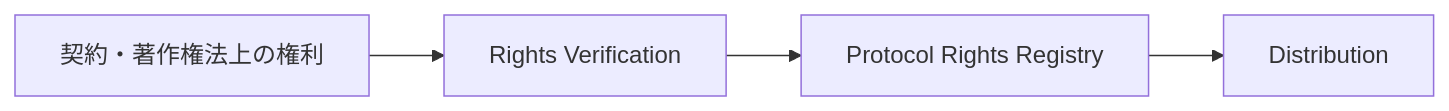
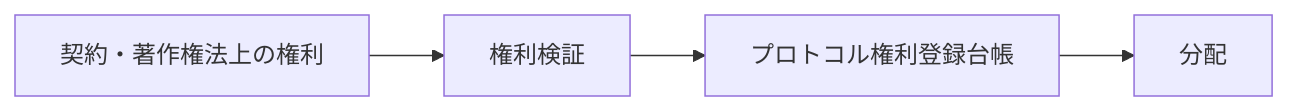
The sixth of 45 diagrams in docs/whitepaper/11-legal-sto-tax.md (ShigeichiroYamasaki/creator-first-platform), drawn with Mermaid before and after one commit. The commit also changed other lines of this file and 72 other files, not shown here.

````diff
--- a/docs/whitepaper/11-legal-sto-tax.md
+++ b/docs/whitepaper/11-legal-sto-tax.md
@@ -176,9 +176,9 @@
 ```mermaid
 flowchart LR
     LEGAL[契約・著作権法上の権利]
-    VERIFY[Rights Verification]
-    REG[Protocol Rights Registry]
-    DIST[Distribution]
+    VERIFY[権利検証]
+    REG[プロトコル権利登録台帳]
+    DIST[分配]
 
     LEGAL --> VERIFY --> REG --> DIST
 ```
````
